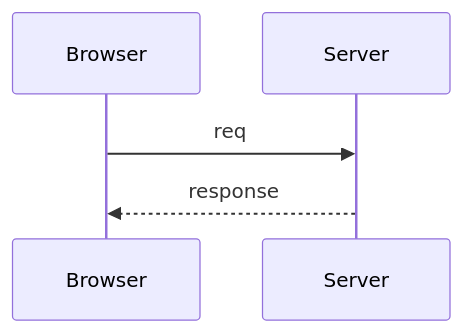
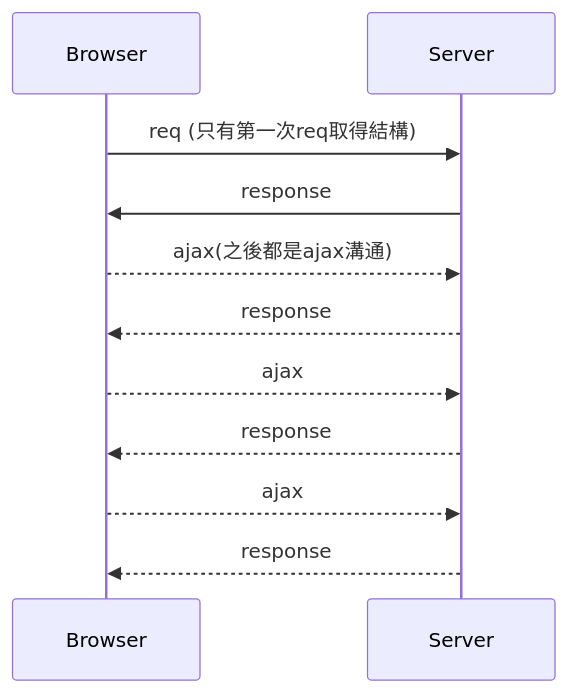
Before and after one commit to taichimaner/taichimaner: the second of 2 diagrams in software/vue_learning_20250715_note.md, drawn with Mermaid. The commit also changed other lines of this file, not shown here.

````diff
--- a/software/vue_learning_20250715_note.md
+++ b/software/vue_learning_20250715_note.md
@@ -12,7 +12,13 @@
 ```mermaid
 sequenceDiagram
     participant B as Browser
     participant S as Server
-    B->>S: req
+    B->>S: req (只有第一次req取得結構)
+    S->>B: response
+    B-->>S: ajax(之後都是ajax溝通)
+    S-->>B: response
+    B-->>S: ajax
+    S-->>B: response
+    B-->>S: ajax
     S-->>B: response
 ```
````
